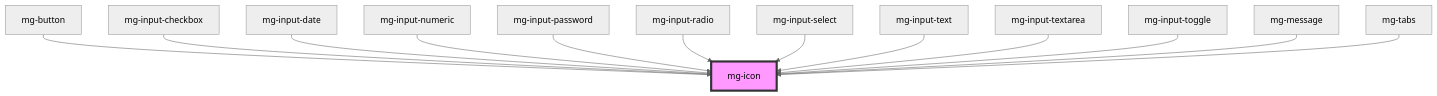
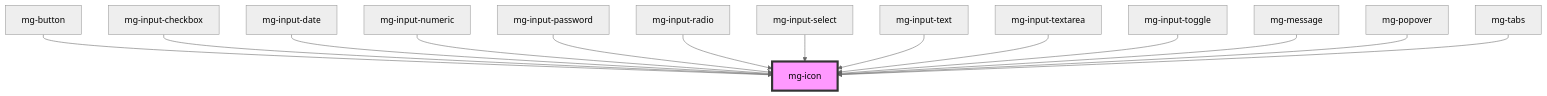
One commit to MGDIS/mg-components changed the diagram in src/components/atoms/mg-icon/readme.md. Above: the diagram before and after it, drawn with Mermaid (neutral theme). The commit also changed other lines of this file and 31 other files, not shown here.

````diff
--- a/src/components/atoms/mg-icon/readme.md
+++ b/src/components/atoms/mg-icon/readme.md
@@ -34,16 +35,17 @@
 ```mermaid
 graph TD;
   mg-button --> mg-icon
   mg-input-checkbox --> mg-icon
   mg-input-date --> mg-icon
   mg-input-numeric --> mg-icon
   mg-input-password --> mg-icon
   mg-input-radio --> mg-icon
   mg-input-select --> mg-icon
   mg-input-text --> mg-icon
   mg-input-textarea --> mg-icon
   mg-input-toggle --> mg-icon
   mg-message --> mg-icon
+  mg-popover --> mg-icon
   mg-tabs --> mg-icon
   style mg-icon fill:#f9f,stroke:#333,stroke-width:4px
 ```
````
